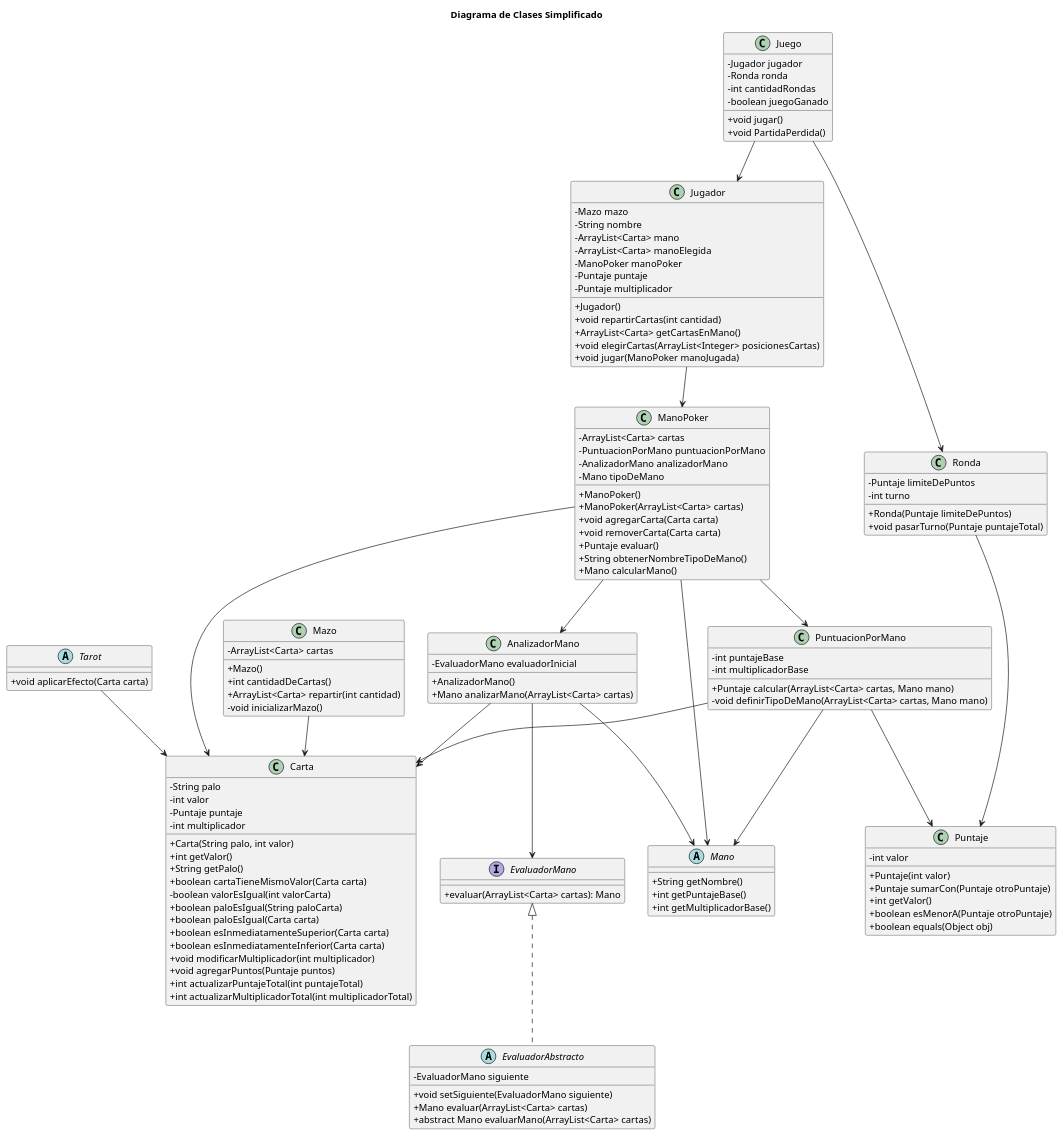
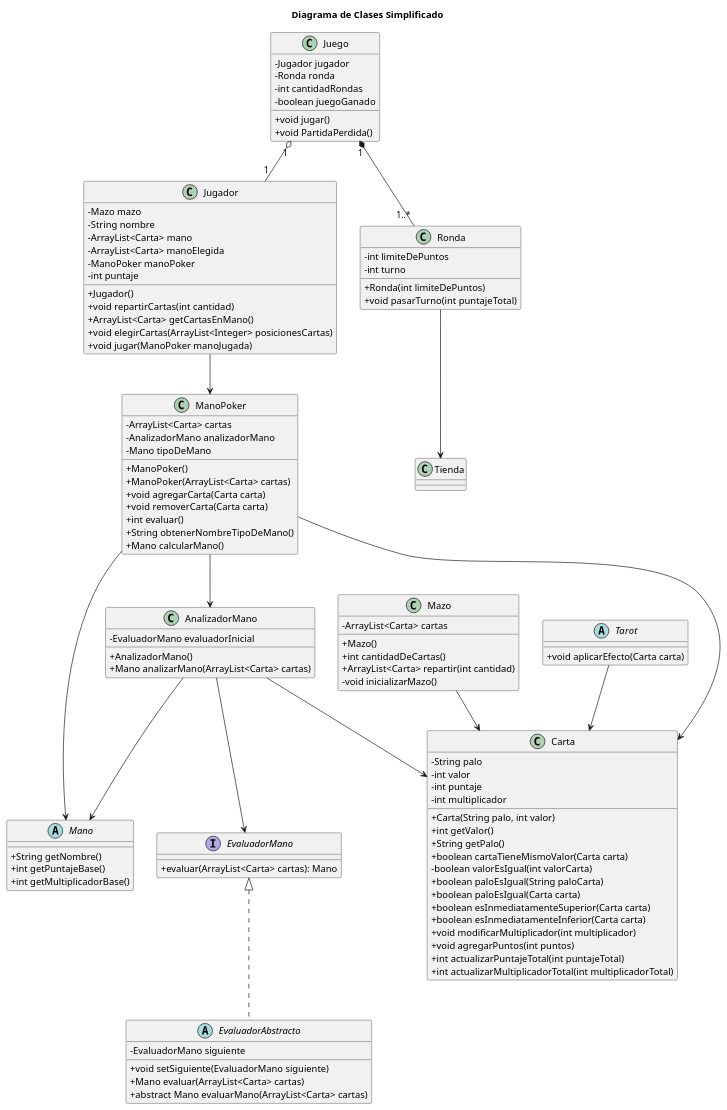
One commit to JonyHuergo/tp2-paradigmas changed the diagram in diagramas/clases/simplificado.puml. Above: the diagram before and after it, drawn with PlantUML. The commit also changed 4 other files, not shown here.

Commit message:
Updates a los diagramas de clase

```diff
--- a/diagramas/clases/simplificado.puml
+++ b/diagramas/clases/simplificado.puml
@@ -1,147 +1,124 @@
 @startuml Diagrama de Clases Simplificado
 
 skinparam classAttributeIconSize 0
 
 title Diagrama de Clases Simplificado
 
 class AnalizadorMano {
     - EvaluadorMano evaluadorInicial
     + AnalizadorMano()
     + Mano analizarMano(ArrayList<Carta> cartas)
 }
 
 class Carta {
     - String palo
     - int valor
-    - Puntaje puntaje
+    - int puntaje
     - int multiplicador
     + Carta(String palo, int valor)
     + int getValor()
     + String getPalo()
     + boolean cartaTieneMismoValor(Carta carta)
     - boolean valorEsIgual(int valorCarta)
     + boolean paloEsIgual(String paloCarta)
     + boolean paloEsIgual(Carta carta)
     + boolean esInmediatamenteSuperior(Carta carta)
     + boolean esInmediatamenteInferior(Carta carta)
     + void modificarMultiplicador(int multiplicador)
-    + void agregarPuntos(Puntaje puntos)
+    + void agregarPuntos(int puntos)
     + int actualizarPuntajeTotal(int puntajeTotal)
     + int actualizarMultiplicadorTotal(int multiplicadorTotal)
 }
 
 class Juego {
     - Jugador jugador
     - Ronda ronda
     - int cantidadRondas
     - boolean juegoGanado
     + void jugar()
     + void PartidaPerdida()
 }
 
 class Jugador {
     - Mazo mazo
     - String nombre
     - ArrayList<Carta> mano
     - ArrayList<Carta> manoElegida
     - ManoPoker manoPoker
-    - Puntaje puntaje
-    - Puntaje multiplicador
+    - int puntaje
     + Jugador()
     + void repartirCartas(int cantidad)
     + ArrayList<Carta> getCartasEnMano()
     + void elegirCartas(ArrayList<Integer> posicionesCartas)
     + void jugar(ManoPoker manoJugada)
 }
 
 class ManoPoker {
     - ArrayList<Carta> cartas
-    - PuntuacionPorMano puntuacionPorMano
     - AnalizadorMano analizadorMano
     - Mano tipoDeMano
     + ManoPoker()
     + ManoPoker(ArrayList<Carta> cartas)
     + void agregarCarta(Carta carta)
     + void removerCarta(Carta carta)
-    + Puntaje evaluar()
+    + int evaluar()
     + String obtenerNombreTipoDeMano()
     + Mano calcularMano()
 }
 
 class Mazo {
     - ArrayList<Carta> cartas
     + Mazo()
     + int cantidadDeCartas()
     + ArrayList<Carta> repartir(int cantidad)
     - void inicializarMazo()
 }
 
-class Puntaje {
-    - int valor
-    + Puntaje(int valor)
-    + Puntaje sumarCon(Puntaje otroPuntaje)
-    + int getValor()
-    + boolean esMenorA(Puntaje otroPuntaje)
-    + boolean equals(Object obj)
-}
-
-class PuntuacionPorMano {
-    - int puntajeBase
-    - int multiplicadorBase
-    + Puntaje calcular(ArrayList<Carta> cartas, Mano mano)
-    - void definirTipoDeMano(ArrayList<Carta> cartas, Mano mano)
-}
-
 class Ronda {
-    - Puntaje limiteDePuntos
+    - int limiteDePuntos
     - int turno
-    + Ronda(Puntaje limiteDePuntos)
-    + void pasarTurno(Puntaje puntajeTotal)
+    + Ronda(int limiteDePuntos)
+    + void pasarTurno(int puntajeTotal)
 }
 
 abstract class Tarot {
     + void aplicarEfecto(Carta carta)
 }
 
 interface EvaluadorMano {
     + evaluar(ArrayList<Carta> cartas): Mano
 }
 
 abstract class EvaluadorAbstracto implements EvaluadorMano {
     - EvaluadorMano siguiente
     + void setSiguiente(EvaluadorMano siguiente)
     + Mano evaluar(ArrayList<Carta> cartas)
     + abstract Mano evaluarMano(ArrayList<Carta> cartas)
 }
 
 abstract class Mano {
     + String getNombre()
     + int getPuntajeBase()
     + int getMultiplicadorBase()
 }
 
 Mazo --> Carta
 
 AnalizadorMano --> EvaluadorMano
 AnalizadorMano --> Mano
 AnalizadorMano --> Carta
 
-Juego --> Jugador
-Juego --> Ronda
+Juego "1" o-- "1" Jugador
+Juego "1" *-- "1..*" Ronda
 
 Jugador --> ManoPoker
 
 ManoPoker --> Carta
 ManoPoker --> AnalizadorMano
 ManoPoker --> Mano
-ManoPoker --> PuntuacionPorMano
 
-PuntuacionPorMano --> Puntaje
-PuntuacionPorMano --> Mano
-PuntuacionPorMano --> Carta
-
-Ronda --> Puntaje
+Ronda --> Tienda
 
 Tarot --> Carta
 
 @enduml
```
